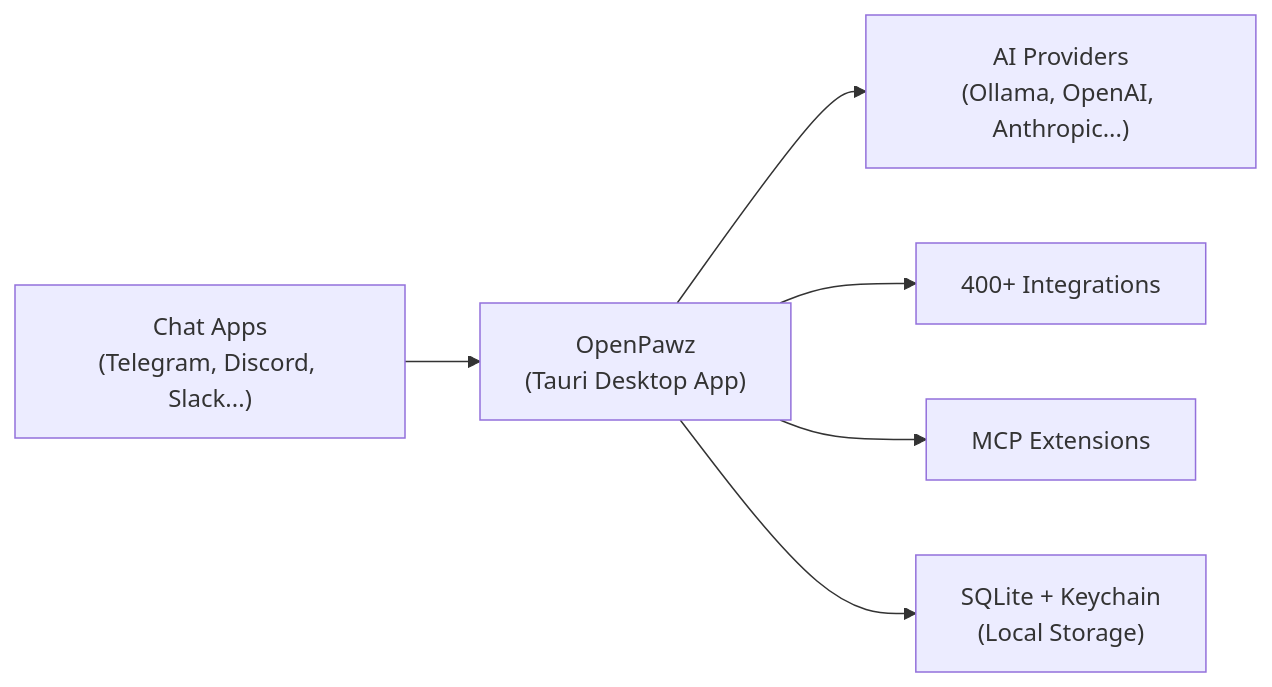
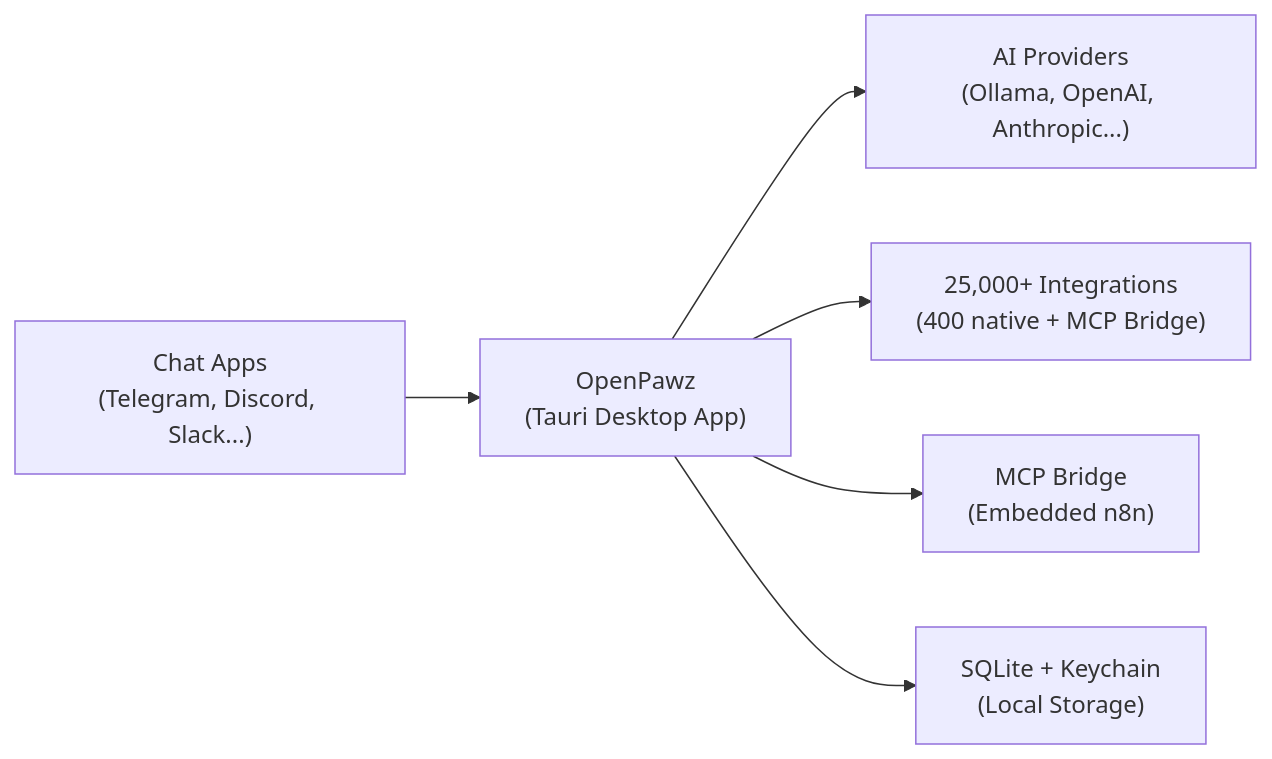
The diagram in start/getting-started.mdx (elisplash/paw), drawn with Mermaid before and after one commit. The commit also changed other lines of this file and 5 other files, not shown here.

First line of the commit message:
docs: update all remaining 400+ references to 25,000+ via MCP bridge

````diff
--- a/start/getting-started.mdx
+++ b/start/getting-started.mdx
@@ -74,8 +74,8 @@
 ```mermaid actions={false}
 graph LR
     A["Chat Apps\n(Telegram, Discord, Slack...)"] --> B["OpenPawz\n(Tauri Desktop App)"]
     B --> C["AI Providers\n(Ollama, OpenAI, Anthropic...)"]
-    B --> D["400+ Integrations"]
-    B --> E["MCP Extensions"]
+    B --> D["25,000+ Integrations\n(400 native + MCP Bridge)"]
+    B --> E["MCP Bridge\n(Embedded n8n)"]
     B --> F["SQLite + Keychain\n(Local Storage)"]
 ```
````
